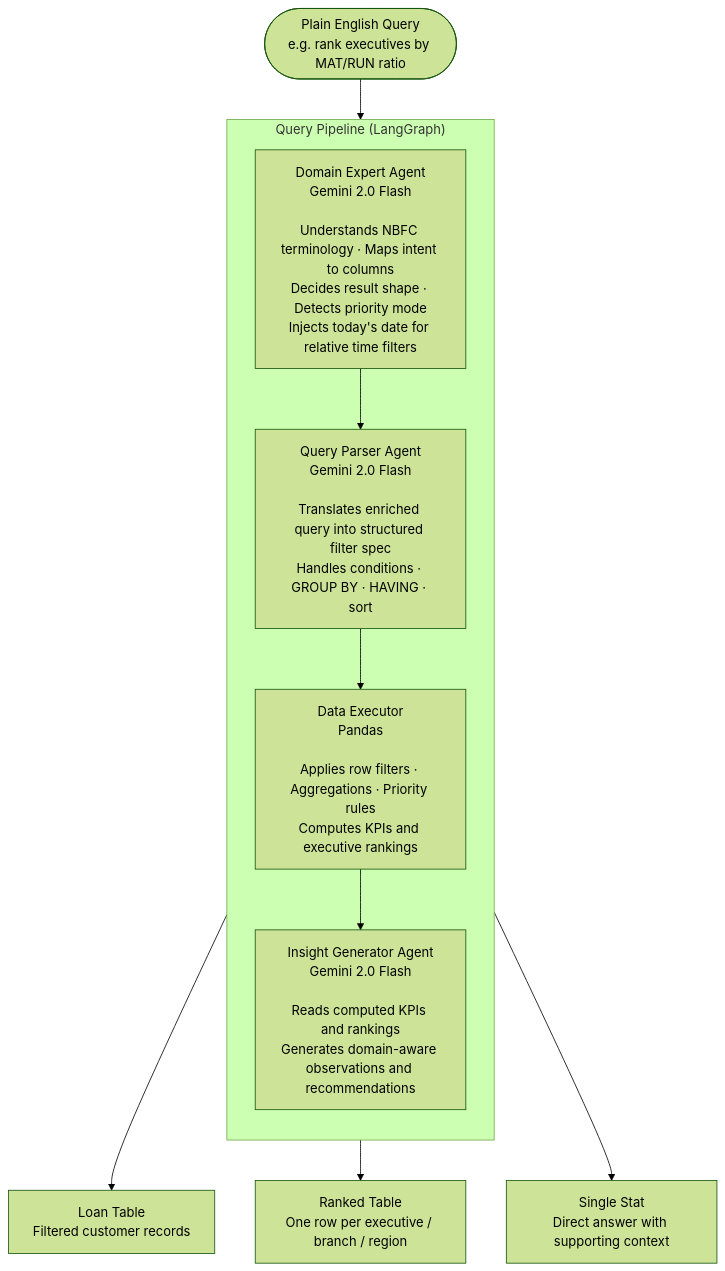
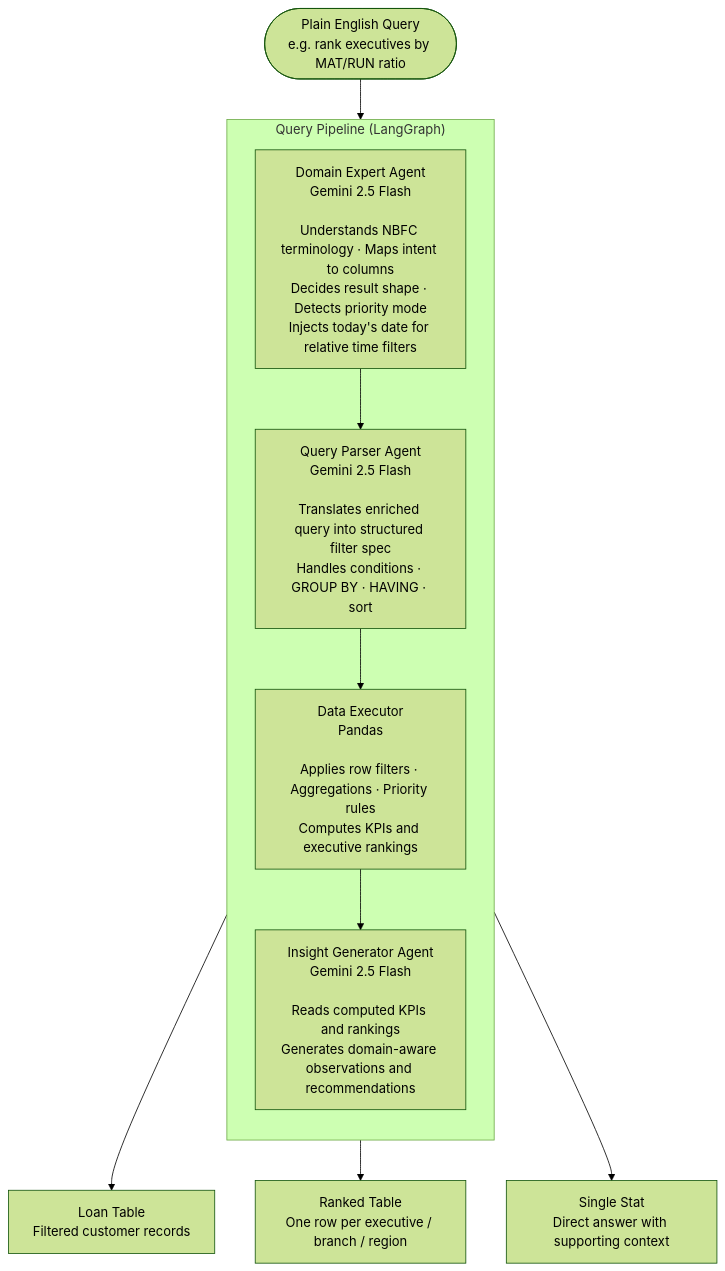
One commit to Sanjay-00/CollectionIQ changed the first of 3 diagrams in README.md. Above: the diagram before and after it, drawn with Mermaid (forest theme). The commit also changed other lines of this file, not shown here.

````diff
--- a/README.md
+++ b/README.md
@@ -173,19 +176,19 @@
 ```mermaid
 flowchart TD
     User(["Plain English Query\ne.g. rank executives by MAT/RUN ratio"])
 
     User --> DE
 
     subgraph QP ["  Query Pipeline  (LangGraph)  "]
         direction TB
-        DE["Domain Expert Agent\nGemini 2.0 Flash\n\nUnderstands NBFC terminology · Maps intent to columns\nDecides result shape · Detects priority mode\nInjects today's date for relative time filters"]
-        PP["Query Parser Agent\nGemini 2.0 Flash\n\nTranslates enriched query into structured filter spec\nHandles conditions · GROUP BY · HAVING · sort"]
+        DE["Domain Expert Agent\nGemini 2.5 Flash\n\nUnderstands NBFC terminology · Maps intent to columns\nDecides result shape · Detects priority mode\nInjects today's date for relative time filters"]
+        PP["Query Parser Agent\nGemini 2.5 Flash\n\nTranslates enriched query into structured filter spec\nHandles conditions · GROUP BY · HAVING · sort"]
         EX["Data Executor\nPandas\n\nApplies row filters · Aggregations · Priority rules\nComputes KPIs and executive rankings"]
-        IG["Insight Generator Agent\nGemini 2.0 Flash\n\nReads computed KPIs and rankings\nGenerates domain-aware observations and recommendations"]
+        IG["Insight Generator Agent\nGemini 2.5 Flash\n\nReads computed KPIs and rankings\nGenerates domain-aware observations and recommendations"]
         DE --> PP --> EX --> IG
     end
 
     IG --> R1["Loan Table\nFiltered customer records"]
     IG --> R2["Ranked Table\nOne row per executive / branch / region"]
     IG --> R3["Single Stat\nDirect answer with supporting context"]
 ```
````
